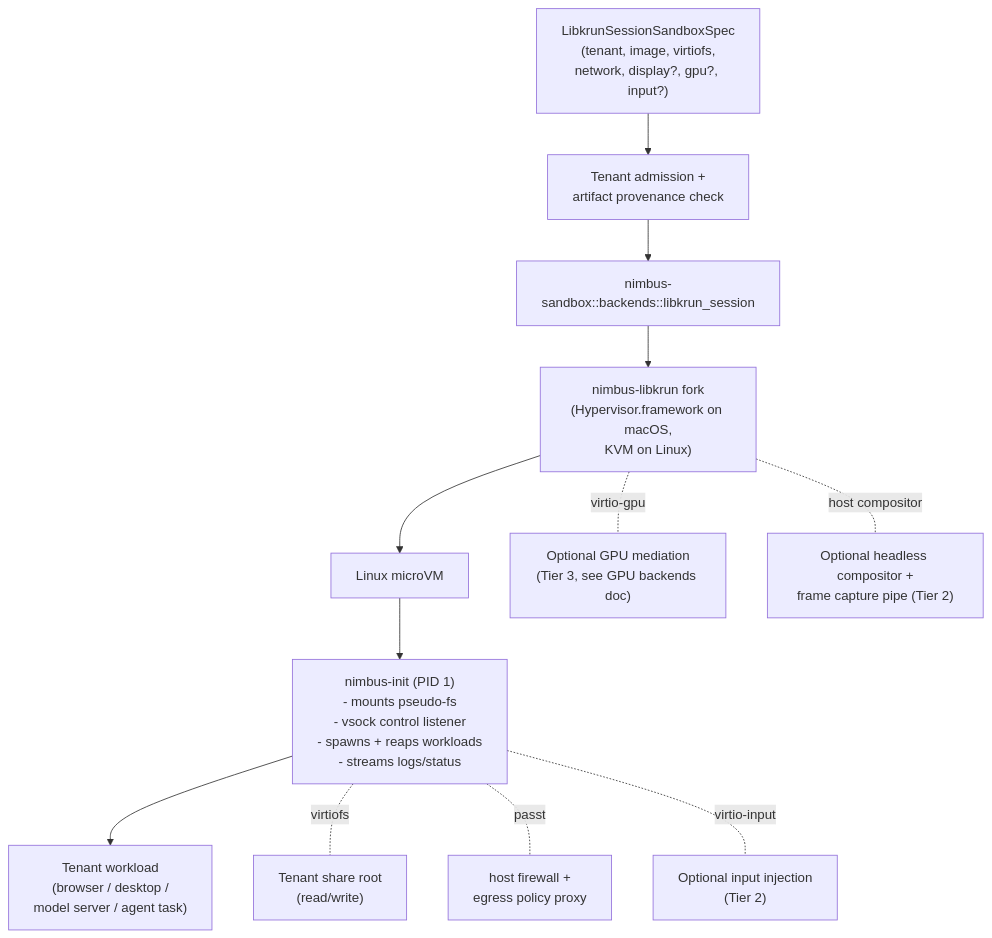
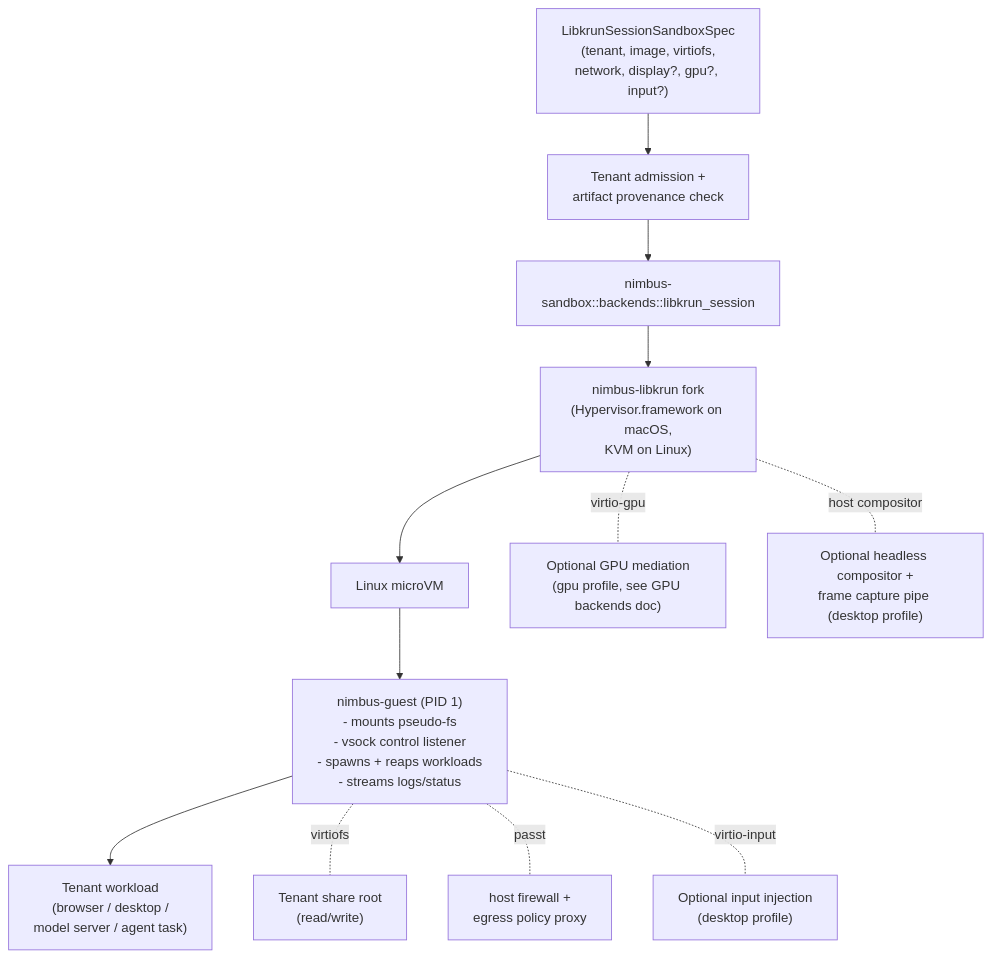
Before and after one commit to nimbus/nimbus: the diagram in docs/plans/research/libkrun-session-sandbox.md, drawn with Mermaid. The commit also changed other lines of this file and 514 other files, not shown here.

````diff
--- a/docs/plans/research/libkrun-session-sandbox.md
+++ b/docs/plans/research/libkrun-session-sandbox.md
@@ -104,18 +119,18 @@
 ```mermaid
 flowchart TD
     Spec["LibkrunSessionSandboxSpec\n(tenant, image, virtiofs,\nnetwork, display?, gpu?, input?)"] --> Admission
     Admission["Tenant admission +\nartifact provenance check"] --> Backend
     Backend["nimbus-sandbox::backends::libkrun_session"] --> Vmm
     Vmm["nimbus-libkrun fork\n(Hypervisor.framework on macOS,\nKVM on Linux)"] --> Vm
 
     Vm["Linux microVM"] --> Init
-    Init["nimbus-init (PID 1)\n- mounts pseudo-fs\n- vsock control listener\n- spawns + reaps workloads\n- streams logs/status"] --> Worker
+    Init["nimbus-guest (PID 1)\n- mounts pseudo-fs\n- vsock control listener\n- spawns + reaps workloads\n- streams logs/status"] --> Worker
 
     Worker["Tenant workload\n(browser / desktop /\nmodel server / agent task)"]
 
     Init -. virtiofs .- TenantShare["Tenant share root\n(read/write)"]
     Init -. passt .- Net["host firewall +\negress policy proxy"]
-    Init -. virtio-input .- InputRpc["Optional input injection\n(Tier 2)"]
-    Vmm -. virtio-gpu .- Gpu["Optional GPU mediation\n(Tier 3, see GPU backends doc)"]
-    Vmm -. host compositor .- Display["Optional headless compositor +\nframe capture pipe (Tier 2)"]
+    Init -. virtio-input .- InputRpc["Optional input injection\n(desktop profile)"]
+    Vmm -. virtio-gpu .- Gpu["Optional GPU mediation\n(gpu profile, see GPU backends doc)"]
+    Vmm -. host compositor .- Display["Optional headless compositor +\nframe capture pipe (desktop profile)"]
 ```
````
